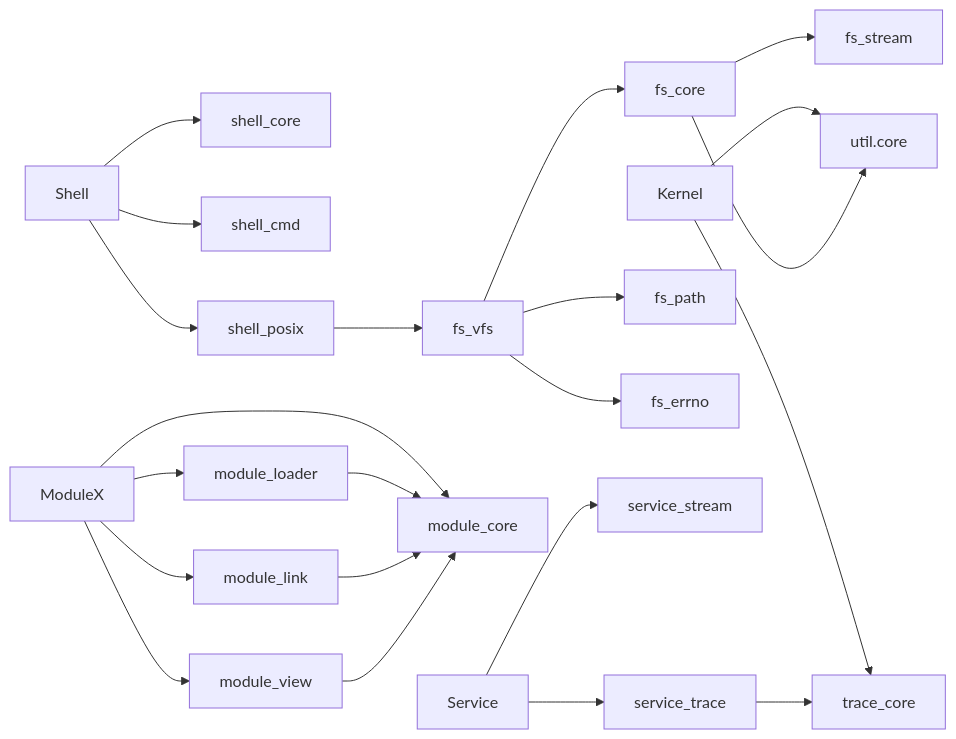
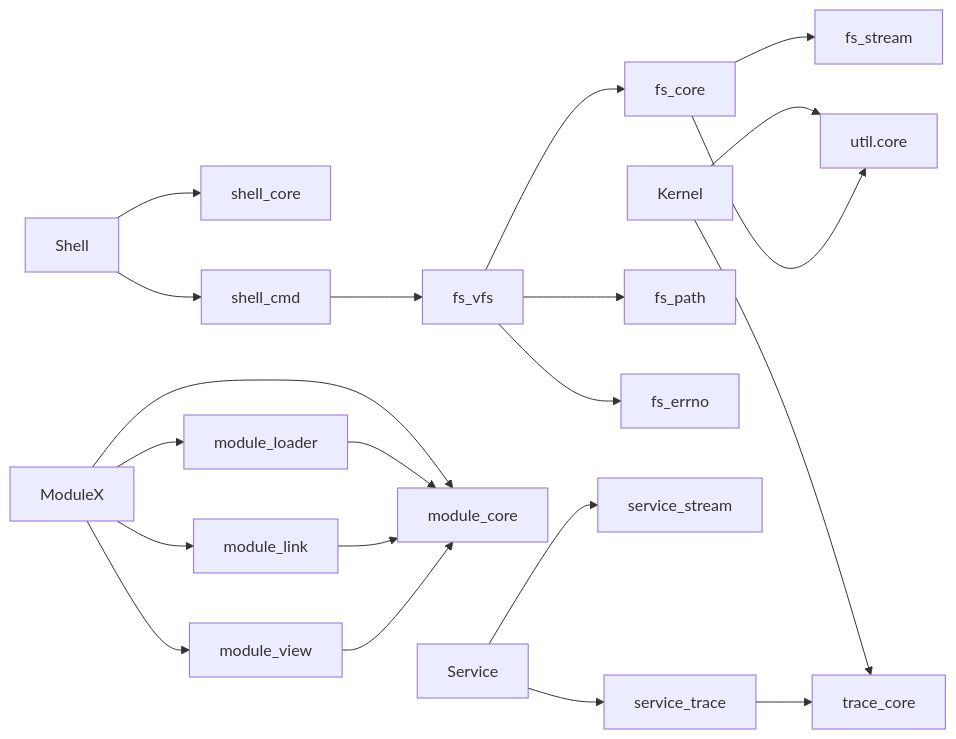
Before and after one commit to Little-Red-Cap/Charm-os: the third of 8 diagrams in docs/architecture_overview.md, drawn with Mermaid. The commit also changed other lines of this file and 7 other files, not shown here.

````diff
--- a/docs/architecture_overview.md
+++ b/docs/architecture_overview.md
@@ -345,24 +337,23 @@
 ```mermaid
 graph LR
     Kernel --> Trace[trace_core]
     Kernel --> Util[util.core]
     Shell --> ShellCore[shell_core]
     Shell --> ShellCmd[shell_cmd]
-    Shell --> ShellPosix[shell_posix]
-    ShellPosix --> VFS[fs_vfs]
+    ShellCmd --> VFS[fs_vfs]
     VFS --> FSCore[fs_core]
     VFS --> FSPath[fs_path]
     VFS --> FSErr[fs_errno]
     FSCore --> FSStream[fs_stream]
     FSCore --> Util
     ModuleX --> ModCore[module_core]
     ModuleX --> ModView[module_view]
     ModuleX --> ModLoader[module_loader]
     ModuleX --> ModLink[module_link]
     ModLoader --> ModCore
     ModLink --> ModCore
     ModView --> ModCore
     Service --> Stream[service_stream]
     Service --> TraceSvc[service_trace]
     TraceSvc --> Trace
 ```
````
